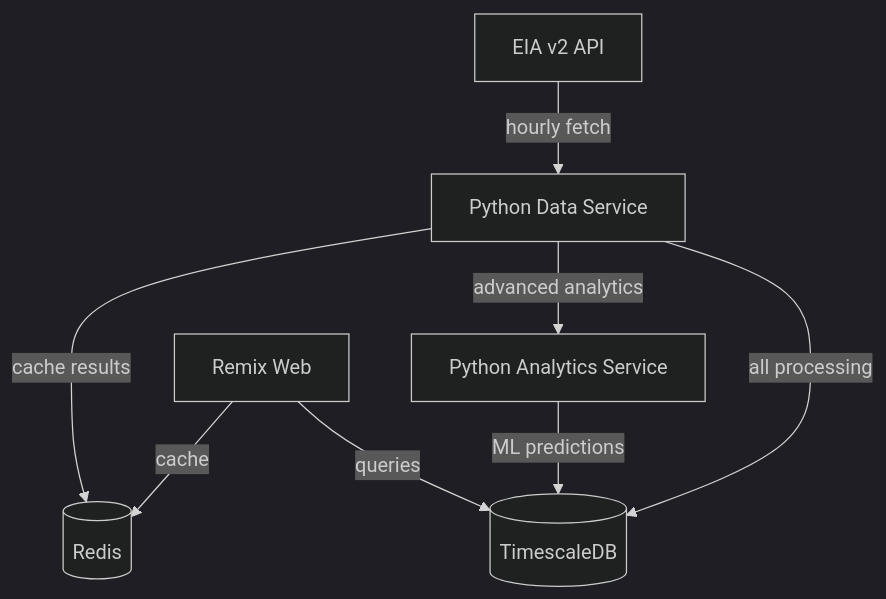
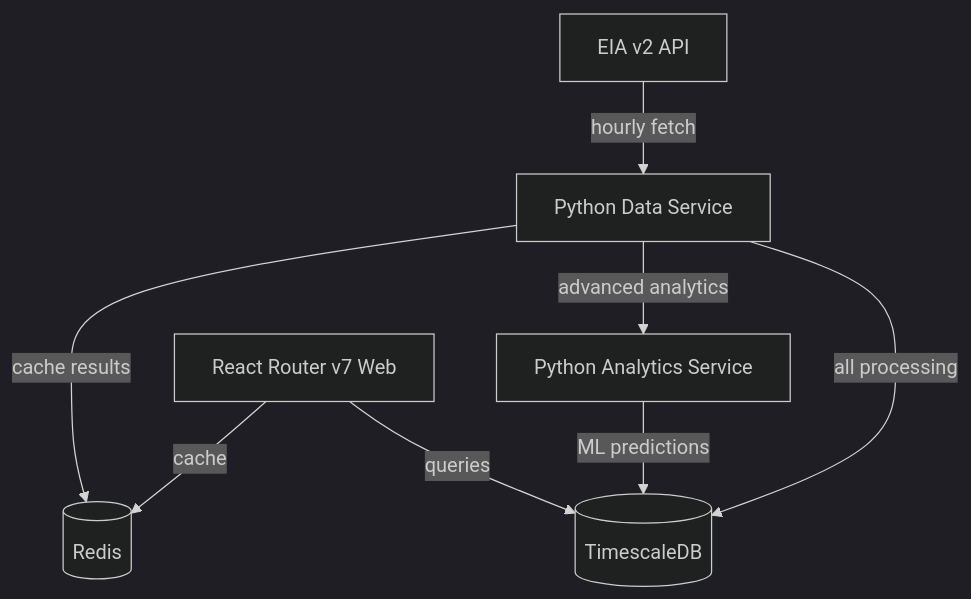
Before and after one commit to awynne/grid: the third of 3 diagrams in docs/research/GRID-008-python-migration-analysis.md, drawn with Mermaid (dark theme). The commit also changed other lines of this file and 12 other files, not shown here.

````diff
--- a/docs/research/GRID-008-python-migration-analysis.md
+++ b/docs/research/GRID-008-python-migration-analysis.md
@@ -135,10 +135,10 @@
 ```mermaid
 graph TB
     EIA[EIA v2 API] -->|hourly fetch| PW[Python Data Service]
     PW -->|all processing| TS[(TimescaleDB)]
     PW -->|advanced analytics| PA[Python Analytics Service]
     PA -->|ML predictions| TS
     PW -->|cache results| R[(Redis)]
-    WEB[Remix Web] -->|queries| TS
+    WEB[React Router v7 Web] -->|queries| TS
     WEB -->|cache| R
 ```
````
